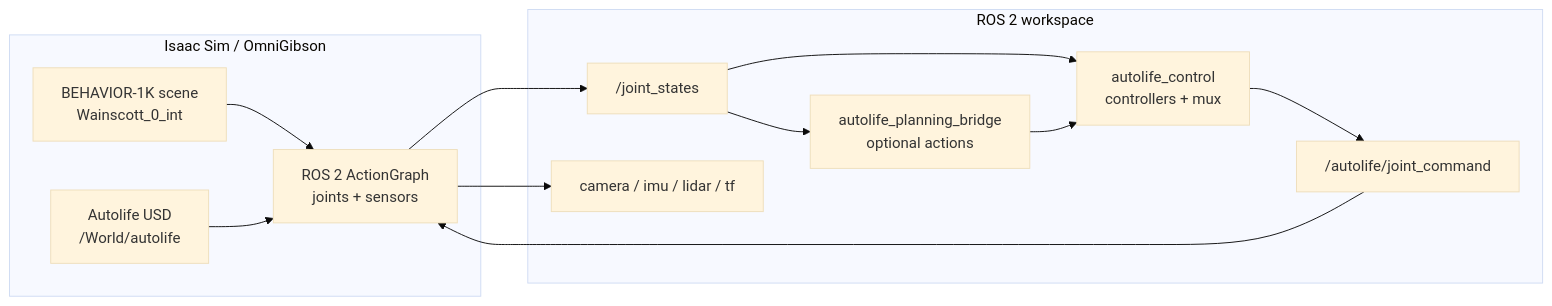
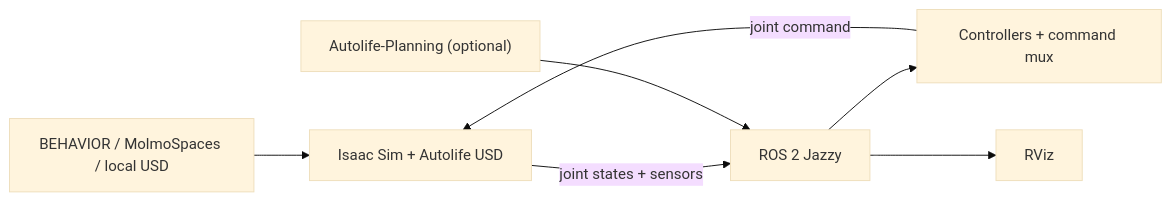
Before and after one commit to jiaxuan0lin0/Autolife_Sim: the diagram in README.md, drawn with Mermaid (base theme). The commit also changed other lines of this file and 25 other files, not shown here.

````diff
--- a/README.md
+++ b/README.md
@@ -26,26 +32,9 @@
 ```mermaid
 flowchart LR
-    subgraph Sim["Isaac Sim / OmniGibson"]
-        Scene["BEHAVIOR-1K scene<br/>Wainscott_0_int"]
-        Robot["Autolife USD<br/>/World/autolife"]
-        Bridge["ROS 2 ActionGraph<br/>joints + sensors"]
-    end
-
-    subgraph ROS["ROS 2 workspace"]
-        State["/joint_states"]
-        Control["autolife_control<br/>controllers + mux"]
-        Command["/autolife/joint_command"]
-        Sensors["camera / imu / lidar / tf"]
-        Planning["autolife_planning_bridge<br/>optional actions"]
-    end
-
-    Scene --> Bridge
-    Robot --> Bridge
-    Bridge --> State
-    State --> Control
-    State --> Planning
-    Planning --> Control
-    Control --> Command
-    Command --> Bridge
-    Bridge --> Sensors
+    Scene["BEHAVIOR / MolmoSpaces / local USD"] --> Isaac["Isaac Sim + Autolife USD"]
+    Isaac -->|joint states + sensors| ROS["ROS 2 Jazzy"]
+    ROS --> Control["Controllers + command mux"]
+    Control -->|joint command| Isaac
+    ROS --> RViz["RViz"]
+    Planning["Autolife-Planning (optional)"] --> ROS
 ```
````
